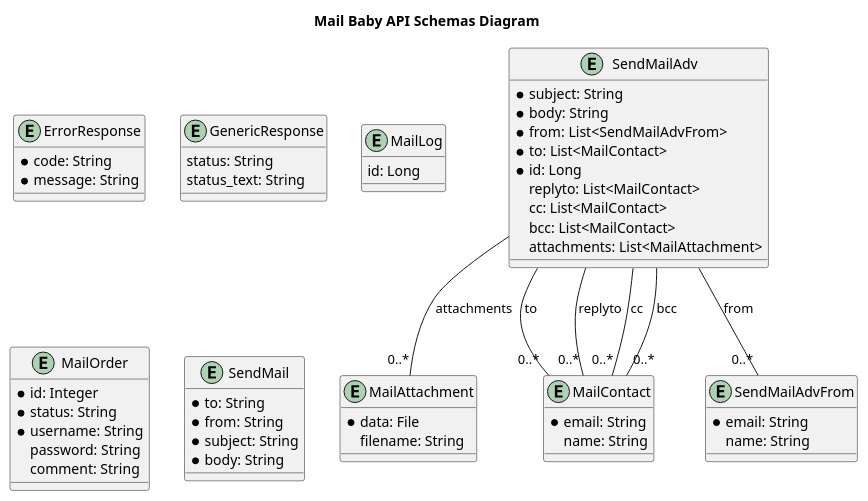
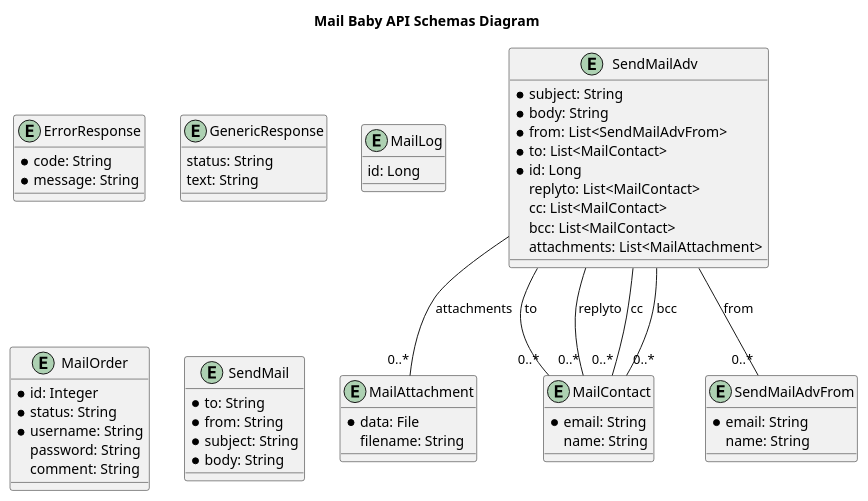
One commit to interserver/mailbaby-api-samples changed the diagram in openapi-documentation/plantuml/schemas.plantuml. Above: the diagram before and after it, drawn with PlantUML. The commit also changed 377 other files, not shown here.

```diff
--- a/openapi-documentation/plantuml/schemas.plantuml
+++ b/openapi-documentation/plantuml/schemas.plantuml
@@ -1,69 +1,69 @@
 @startuml
 
 title Mail Baby API Schemas Diagram
 
 entity ErrorResponse { 
     * code: String
     * message: String
 }
 
 entity GenericResponse { 
     status: String
-    status_text: String
+    text: String
 }
 
 entity MailAttachment { 
     * data: File
     filename: String
 }
 
 entity MailContact { 
     * email: String
     name: String
 }
 
 entity MailLog { 
     id: Long
 }
 
 entity MailOrder { 
     * id: Integer
     * status: String
     * username: String
     password: String
     comment: String
 }
 
 entity SendMail { 
     * to: String
     * from: String
     * subject: String
     * body: String
 }
 
 entity SendMailAdv { 
     * subject: String
     * body: String
     * from: List<SendMailAdvFrom>
     * to: List<MailContact>
     * id: Long
     replyto: List<MailContact>
     cc: List<MailContact>
     bcc: List<MailContact>
     attachments: List<MailAttachment>
 }
 
 entity SendMailAdvFrom { 
     * email: String
     name: String
 }
 
 
 SendMailAdv -- "0..*" SendMailAdvFrom : from
 SendMailAdv -- "0..*" MailContact : to
 SendMailAdv -- "0..*" MailContact : replyto
 SendMailAdv -- "0..*" MailContact : cc
 SendMailAdv -- "0..*" MailContact : bcc
 SendMailAdv -- "0..*" MailAttachment : attachments
 
 @enduml
```
